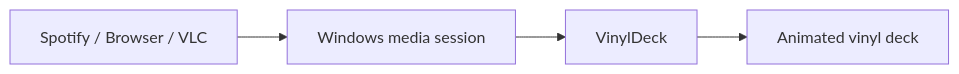
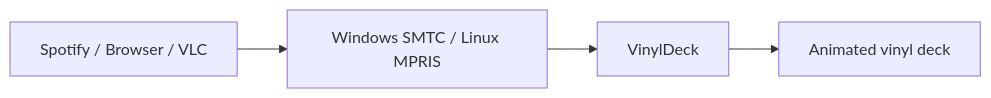
One commit to Shelldock1/vinyldeck changed the diagram in README.md. Above: the diagram before and after it, drawn with Mermaid. The commit also changed other lines of this file and 9 other files, not shown here.

````diff
--- a/README.md
+++ b/README.md
@@ -59,6 +63,6 @@
 ```mermaid
 flowchart LR
-  Music["Spotify / Browser / VLC"] --> Windows["Windows media session"]
-  Windows --> VinylDeck["VinylDeck"]
+  Music["Spotify / Browser / VLC"] --> Media["Windows SMTC / Linux MPRIS"]
+  Media --> VinylDeck["VinylDeck"]
   VinylDeck --> Scene["Animated vinyl deck"]
 ```
````
